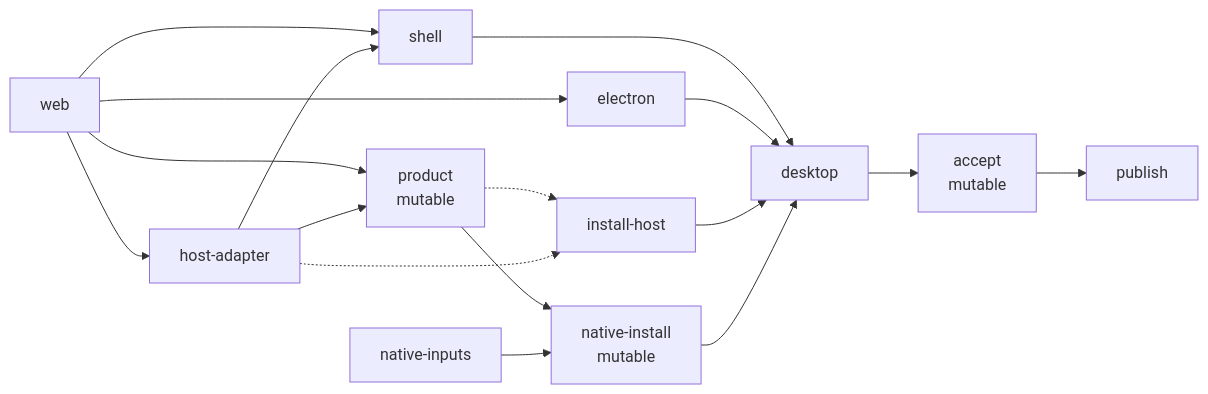
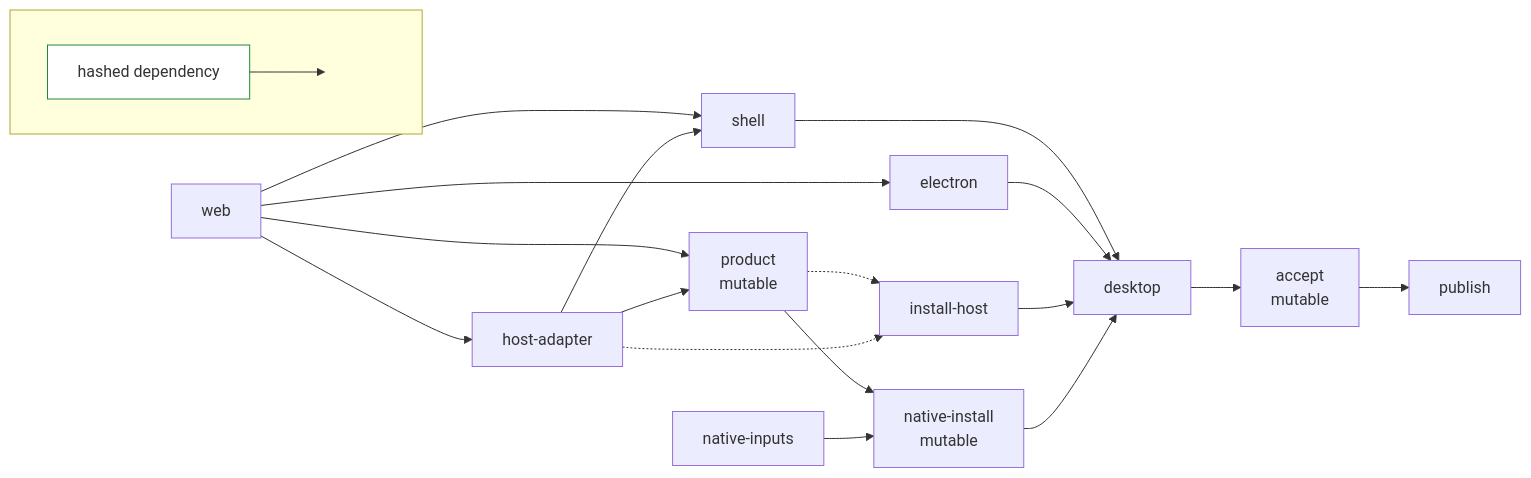
Before and after one commit to ECNU/EduWork: the diagram in docs/assets/build-pipeline-windows.mmd, drawn with Mermaid. The commit also changed 8 other files, not shown here.

```diff
--- a/docs/assets/build-pipeline-windows.mmd
+++ b/docs/assets/build-pipeline-windows.mmd
@@ -1,29 +1,36 @@
 %% Generated by scripts/build-pipeline-diagram.mjs — do not edit by hand.
 flowchart LR
   web["web"]
   host_adapter["host-adapter"]
   product["product<br/>mutable"]
   electron["electron"]
   shell["shell"]
   install_host["install-host"]
   native_inputs["native-inputs"]
   native_install["native-install<br/>mutable"]
   desktop["desktop"]
   accept["accept<br/>mutable"]
   publish["publish"]
   web --> host_adapter
   web --> product
   host_adapter --> product
   web --> electron
   web --> shell
   host_adapter --> shell
   product -.-> install_host
   host_adapter -.-> install_host
   product --> native_install
   native_inputs --> native_install
   shell --> desktop
   electron --> desktop
   install_host --> desktop
   native_install --> desktop
   desktop --> accept
   accept --> publish
+  classDef mutable fill:#fff8e5,stroke:#d4a72c
+  subgraph legend[" "]
+    direction LR
+    l1["hashed dependency"]:::legendSolid --> l2[" "]:::legendBlank
+  end
+  classDef legendSolid fill:#ffffff,stroke:#1f883d
+  classDef legendBlank fill:none,stroke:none
```
